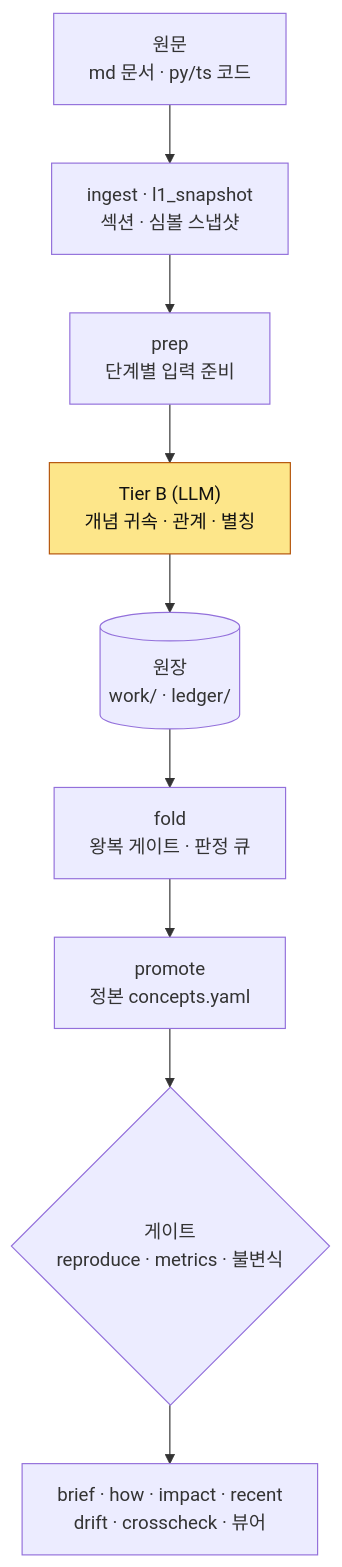
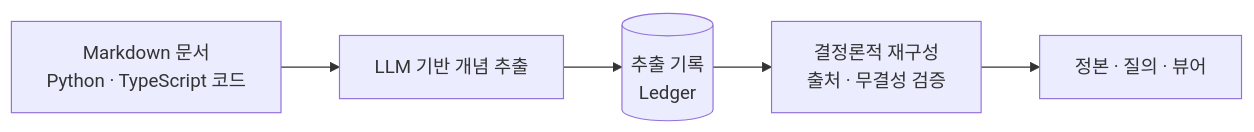
The diagram in README.md (hadan-HwH/living-knowledge-lab-engine), drawn with Mermaid before and after one commit. The commit also changed other lines of this file, not shown here.

````diff
--- a/README.md
+++ b/README.md
@@ -257,14 +70,7 @@
 ```mermaid
-flowchart TD
-    SRC["원문<br/>md 문서 · py/ts 코드"] --> ING["ingest · l1_snapshot<br/>섹션 · 심볼 스냅샷"]
-    ING --> PREP["prep<br/>단계별 입력 준비"]
-    PREP --> TB["Tier B (LLM)<br/>개념 귀속 · 관계 · 별칭"]
-    TB --> LED[("원장<br/>work/ · ledger/")]
-    LED --> FOLD["fold<br/>왕복 게이트 · 판정 큐"]
-    FOLD --> PROM["promote<br/>정본 concepts.yaml"]
-    PROM --> GATE{"게이트<br/>reproduce · metrics · 불변식"}
-    GATE --> OUT["brief · how · impact · recent<br/>drift · crosscheck · 뷰어"]
-
-    classDef llm fill:#FDE68A,stroke:#B45309,color:#111;
-    class TB llm;
+flowchart LR
+    A["Markdown 문서<br/>Python · TypeScript 코드"] --> B["LLM 기반 개념 추출"]
+    B --> C[("추출 기록<br/>Ledger")]
+    C --> D["결정론적 재구성<br/>출처 · 무결성 검증"]
+    D --> E["정본 · 질의 · 뷰어"]
 ```
````
